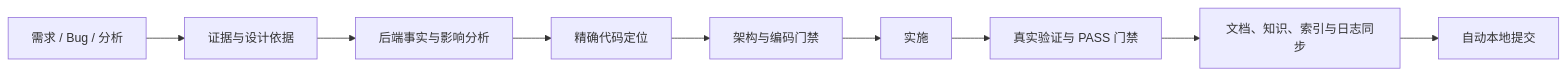
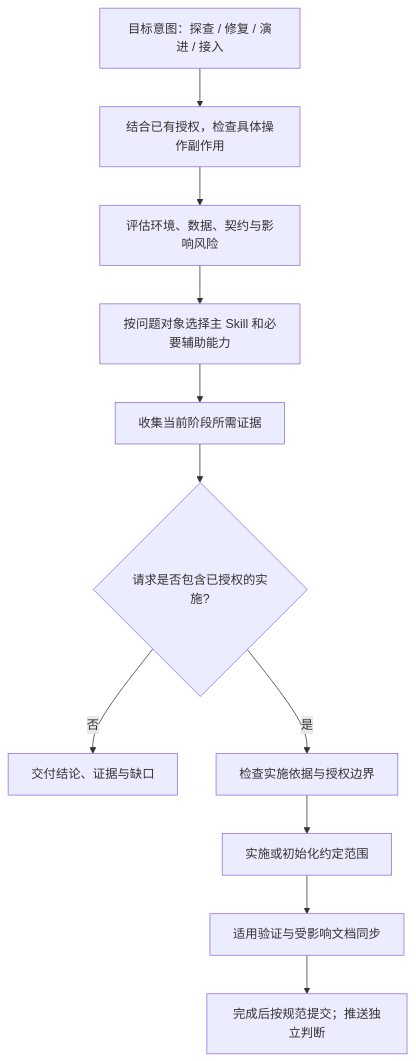
Before and after one commit to exception-coder/team-standards: the diagram in README.md, drawn with Mermaid. The commit also changed other lines of this file and 18 other files, not shown here.

First line of the commit message:
feat(routing): 分离任务意图授权与风险判断

````diff
--- a/README.md
+++ b/README.md
@@ -17,11 +17,13 @@
 ```mermaid
-flowchart LR
-    INTENT["需求 / Bug / 分析"] --> EVIDENCE["证据与设计依据"]
-    EVIDENCE --> IMPACT["后端事实与影响分析"]
-    IMPACT --> LOCATE["精确代码定位"]
-    LOCATE --> GUARD["架构与编码门禁"]
-    GUARD --> BUILD["实施"]
-    BUILD --> VERIFY["真实验证与 PASS 门禁"]
-    VERIFY --> WRITEBACK["文档、知识、索引与日志同步"]
-    WRITEBACK --> COMMIT["自动本地提交"]
+flowchart TD
+    A["目标意图：探查 / 修复 / 演进 / 接入"] --> B["结合已有授权，检查具体操作副作用"]
+    B --> C["评估环境、数据、契约与影响风险"]
+    C --> D["按问题对象选择主 Skill 和必要辅助能力"]
+    D --> E["收集当前阶段所需证据"]
+    E --> F{"请求是否包含已授权的实施?"}
+    F -->|"否"| G["交付结论、证据与缺口"]
+    F -->|"是"| H["检查实施依据与授权边界"]
+    H --> I["实施或初始化约定范围"]
+    I --> J["适用验证与受影响文档同步"]
+    J --> K["完成后按规范提交；推送独立判断"]
 ```
````
